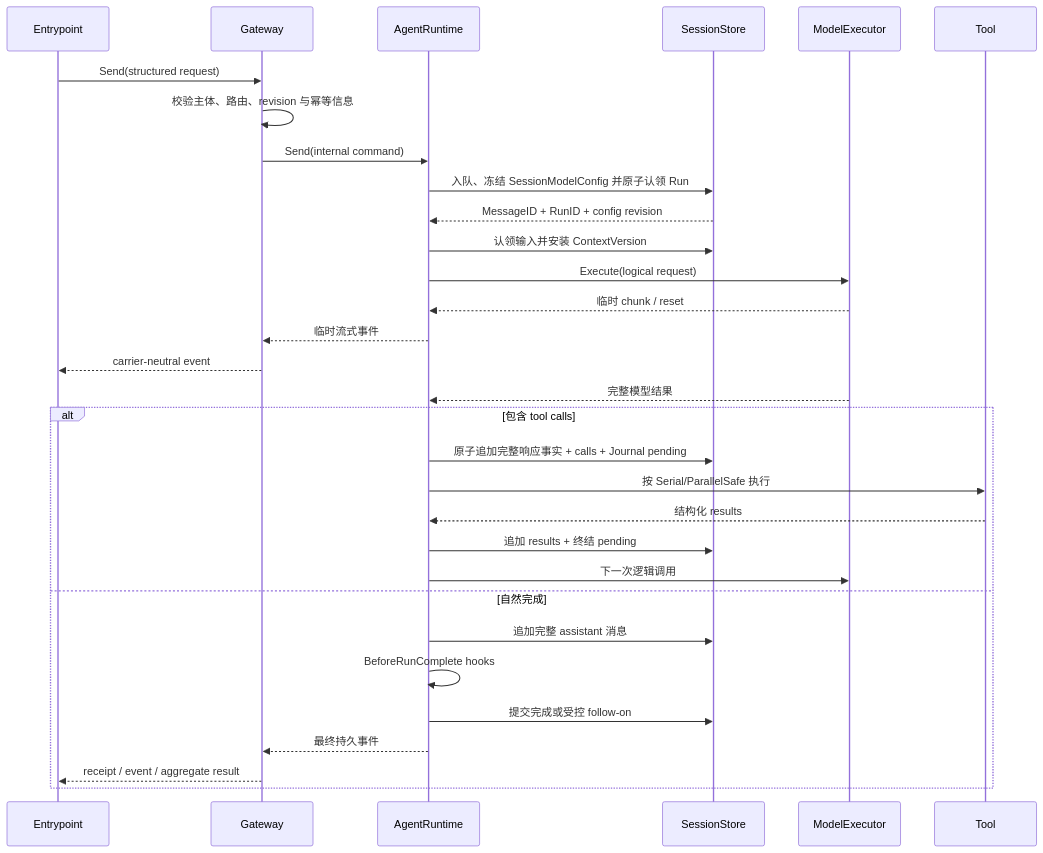
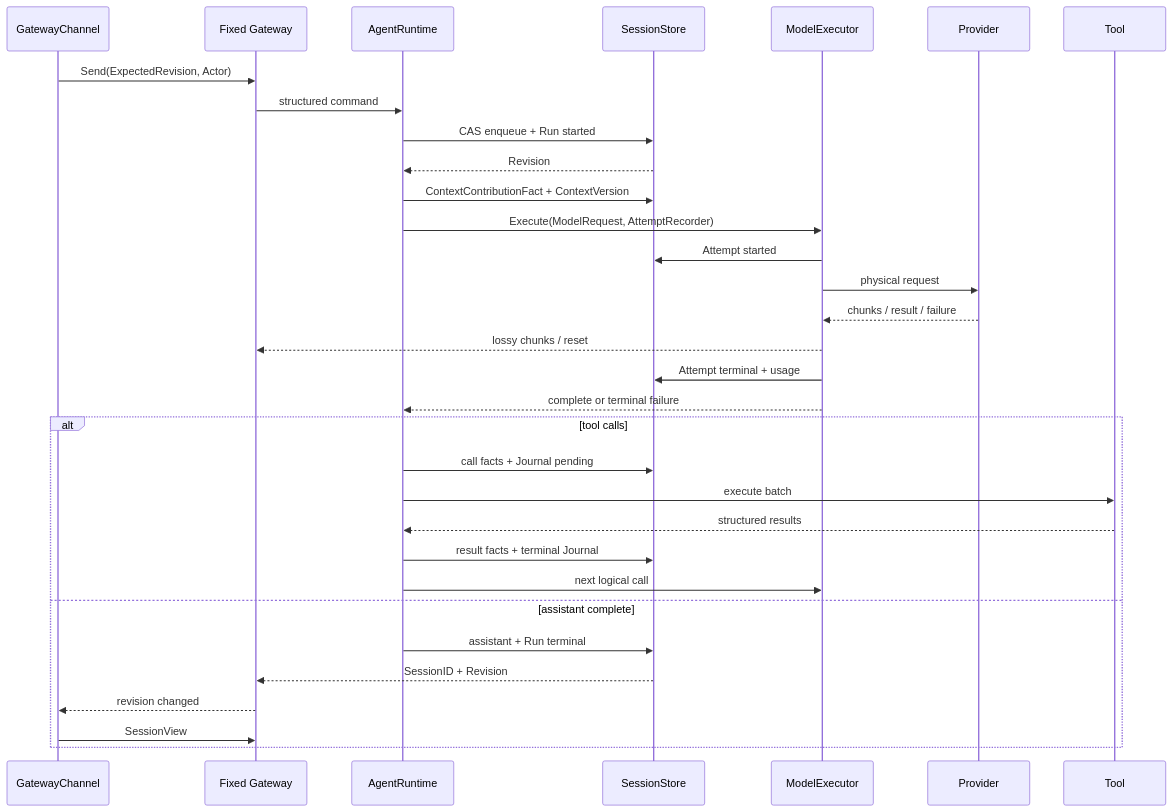
Before and after one commit to LyleLiu666/agentSlot: the second of 2 diagrams in docs/agent-runtime-standard-slots-implementation-plan.zh-CN.md, drawn with Mermaid. The commit also changed other lines of this file and 3 other files, not shown here.

Commit message:
docs: finalize agent architecture review baseline

````diff
--- a/docs/agent-runtime-standard-slots-implementation-plan.zh-CN.md
+++ b/docs/agent-runtime-standard-slots-implementation-plan.zh-CN.md
@@ -598,34 +280,34 @@
 ```mermaid
 sequenceDiagram
-    participant E as Entrypoint
-    participant G as Gateway
+    participant C as GatewayChannel
+    participant G as Fixed Gateway
     participant R as AgentRuntime
     participant S as SessionStore
     participant M as ModelExecutor
+    participant P as Provider
     participant T as Tool
-
-    E->>G: Send(structured request)
-    G->>G: 校验主体、路由、revision 与幂等信息
-    G->>R: Send(internal command)
-    R->>S: 入队、冻结 SessionModelConfig 并原子认领 Run
-    S-->>R: MessageID + RunID + config revision
-    R->>S: 认领输入并安装 ContextVersion
-    R->>M: Execute(logical request)
-    M-->>R: 临时 chunk / reset
-    R-->>G: 临时流式事件
-    G-->>E: carrier-neutral event
-    M-->>R: 完整模型结果
-    alt 包含 tool calls
-        R->>S: 原子追加完整响应事实 + calls + Journal pending
-        R->>T: 按 Serial/ParallelSafe 执行
-        T-->>R: 结构化 results
-        R->>S: 追加 results + 终结 pending
-        R->>M: 下一次逻辑调用
-    else 自然完成
-        R->>S: 追加完整 assistant 消息
-        R->>R: BeforeRunComplete hooks
-        R->>S: 提交完成或受控 follow-on
-        R-->>G: 最终持久事件
-        G-->>E: receipt / event / aggregate result
+    C->>G: Send(ExpectedRevision, Actor)
+    G->>R: structured command
+    R->>S: CAS enqueue + Run started
+    S-->>R: Revision
+    R->>S: ContextContributionFact + ContextVersion
+    R->>M: Execute(ModelRequest, AttemptRecorder)
+    M->>S: Attempt started
+    M->>P: physical request
+    P-->>M: chunks / result / failure
+    M-->>G: lossy chunks / reset
+    M->>S: Attempt terminal + usage
+    M-->>R: complete or terminal failure
+    alt tool calls
+        R->>S: call facts + Journal pending
+        R->>T: execute batch
+        T-->>R: structured results
+        R->>S: result facts + terminal Journal
+        R->>M: next logical call
+    else assistant complete
+        R->>S: assistant + Run terminal
+        S-->>G: SessionID + Revision
+        G-->>C: revision changed
+        C->>G: SessionView
     end
 ```
````
